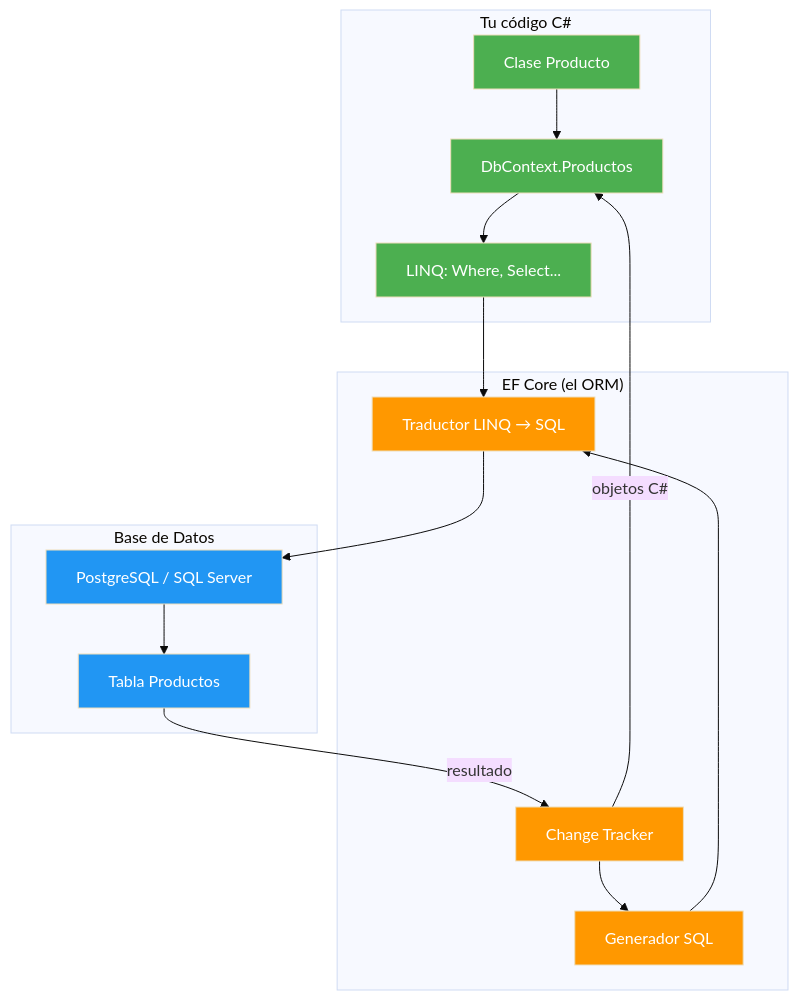
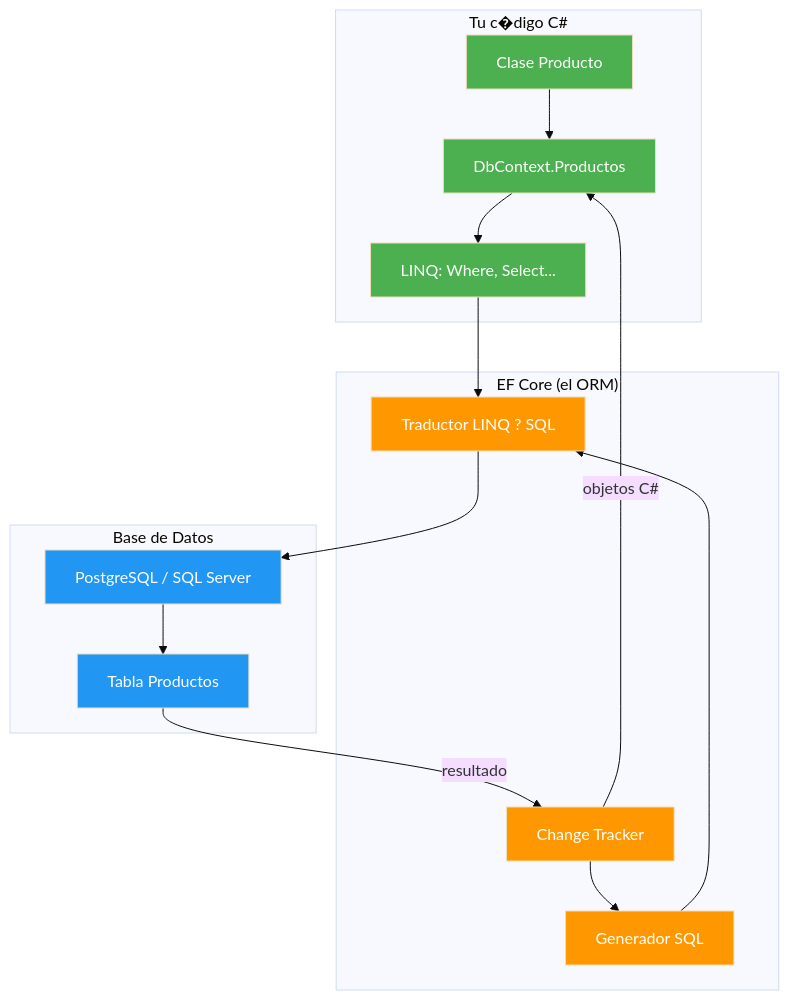
Before and after one commit to joseluisgs/DesarrolloWebEntornosServidor-02-2026-2027: the first of 5 diagrams in 12-entity-framework-core.md, drawn with Mermaid (base theme). The commit also changed other lines of this file and 17 other files, not shown here.

````diff
--- a/12-entity-framework-core.md
+++ b/12-entity-framework-core.md
@@ -140,32 +138,32 @@
 ```mermaid
 flowchart TB
-    subgraph "Tu código C#"
+    subgraph "Tu c�digo C#"
         A1["Clase Producto"] --> A2["DbContext.Productos"]
         A2 --> A3["LINQ: Where, Select..."]
     end
 
     subgraph "EF Core (el ORM)"
         B1["Change Tracker"] --> B2["Generador SQL"]
-        B2 --> B3["Traductor LINQ → SQL"]
+        B2 --> B3["Traductor LINQ ? SQL"]
     end
 
     subgraph "Base de Datos"
         C1["PostgreSQL / SQL Server"]
         C2["Tabla Productos"]
     end
 
     A3 --> B3
     B3 --> C1
     C1 --> C2
     C2 -->|"resultado"| B1
     B1 -->|"objetos C#"| A2
 
     style A1 fill:#4CAF50,color:#fff
     style A2 fill:#4CAF50,color:#fff
     style A3 fill:#4CAF50,color:#fff
     style B1 fill:#FF9800,color:#fff
     style B2 fill:#FF9800,color:#fff
     style B3 fill:#FF9800,color:#fff
     style C1 fill:#2196F3,color:#fff
     style C2 fill:#2196F3,color:#fff
 ```
````
